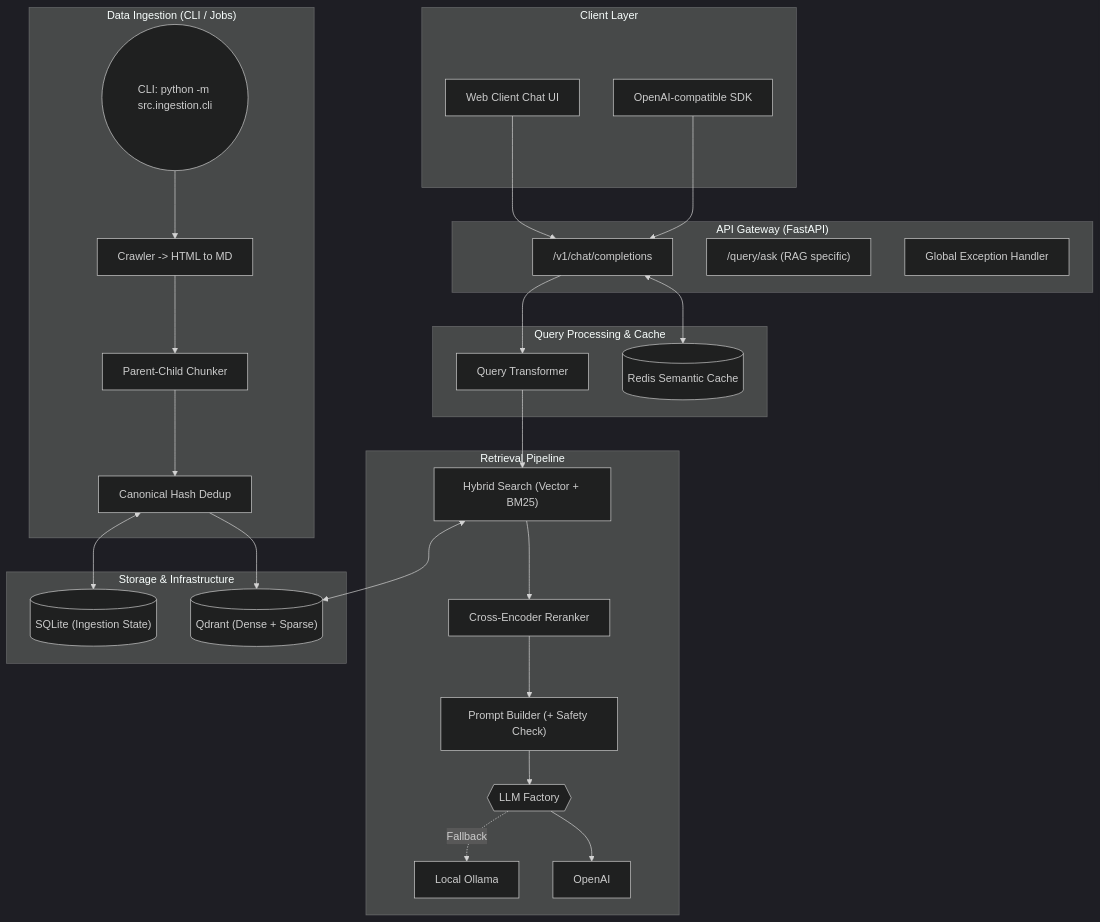
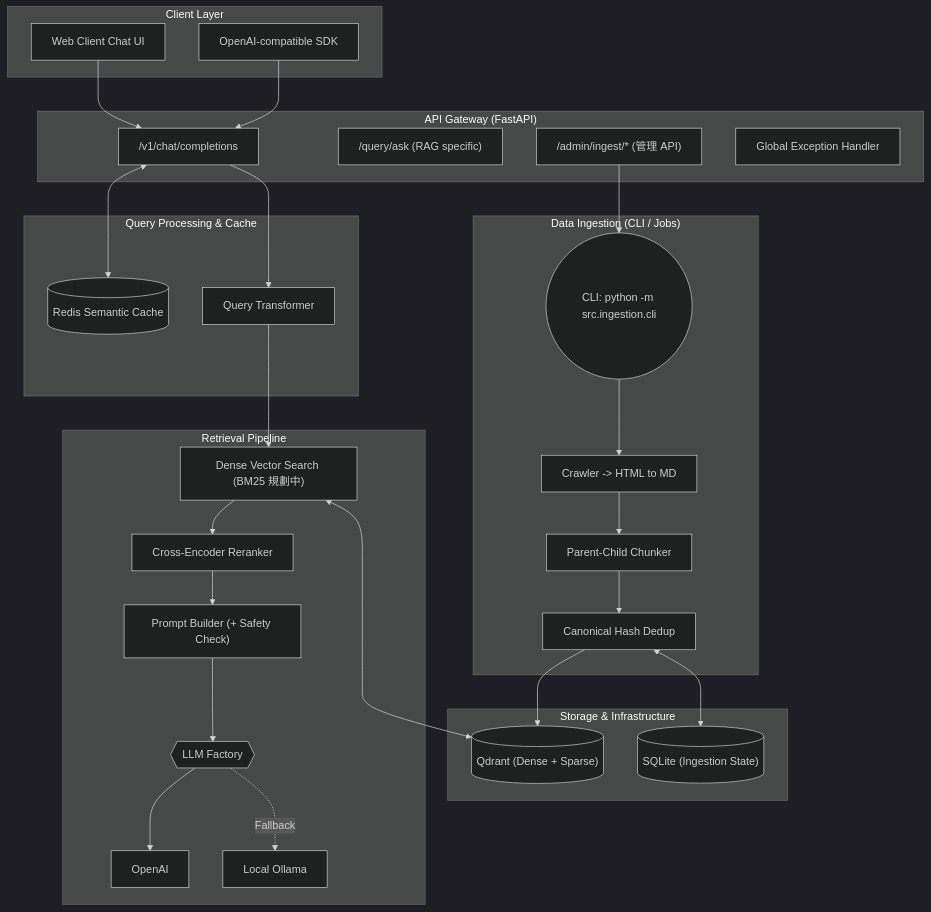
The diagram in README_TC.md (ToooAir/german-visa-rag), drawn with Mermaid (dark theme) before and after one commit. The commit also changed other lines of this file and 1 other file, not shown here.

Commit message:
docs: update READMEs to clarify hybrid search, add Admin API, frontend build instructions, expanded ingestion CLI examples, and detailed SSE response structure.

````diff
--- a/README_TC.md
+++ b/README_TC.md
@@ -36,51 +35,53 @@
 ```mermaid
 graph TB
     subgraph "Client Layer"
         A1["Web Client Chat UI"]
         A2["OpenAI-compatible SDK"]
     end
 
     subgraph "API Gateway (FastAPI)"
         B1["/v1/chat/completions"]
         B2["/query/ask (RAG specific)"]
+        B3["/admin/ingest/* (管理 API)"]
         EH["Global Exception Handler"]
     end
 
     subgraph "Query Processing & Cache"
         C1["Query Transformer"]
         E2[("Redis Semantic Cache")]
     end
 
     subgraph "Retrieval Pipeline"
-        D1["Hybrid Search (Vector + BM25)"]
+        D1["Dense Vector Search (BM25 規劃中)"]
         D2["Cross-Encoder Reranker"]
         D3["Prompt Builder (+ Safety Check)"]
         F1{{"LLM Factory"}}
         LLM_A["OpenAI"]
         LLM_B["Local Ollama"]
     end
 
     subgraph "Data Ingestion (CLI / Jobs)"
         G0(("CLI: python -m src.ingestion.cli"))
         G1["Crawler -> HTML to MD"]
         G2["Parent-Child Chunker"]
         G3["Canonical Hash Dedup"]
     end
 
     subgraph "Storage & Infrastructure"
         E1[("Qdrant (Dense + Sparse)")]
         E3[("SQLite (Ingestion State)")]
     end
 
     A1 --> B1
     A2 --> B1
     B1 <--> E2
     B1 --> C1 --> D1 --> D2 --> D3
     D3 --> F1
     F1 --> LLM_A
     F1 -. Fallback .-> LLM_B
     D1 <--> E1
+    B3 --> G0
     
     G0 --> G1 --> G2 --> G3 --> E1
     G3 <--> E3
 ```
````
